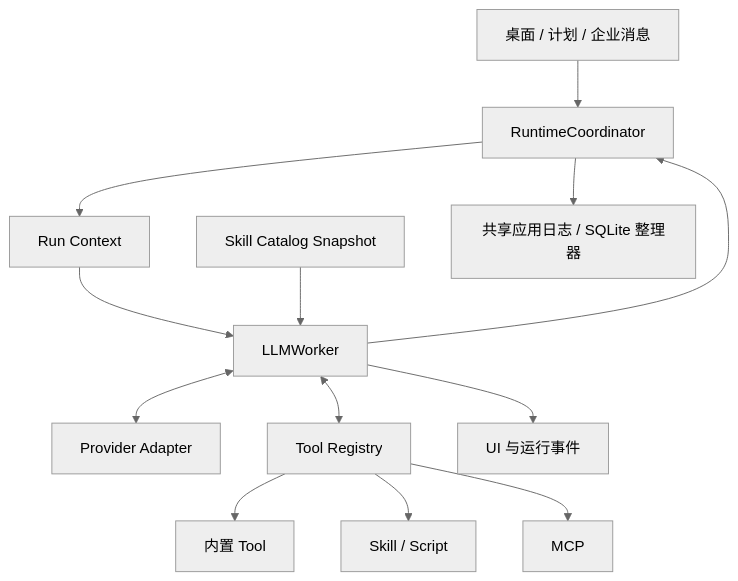
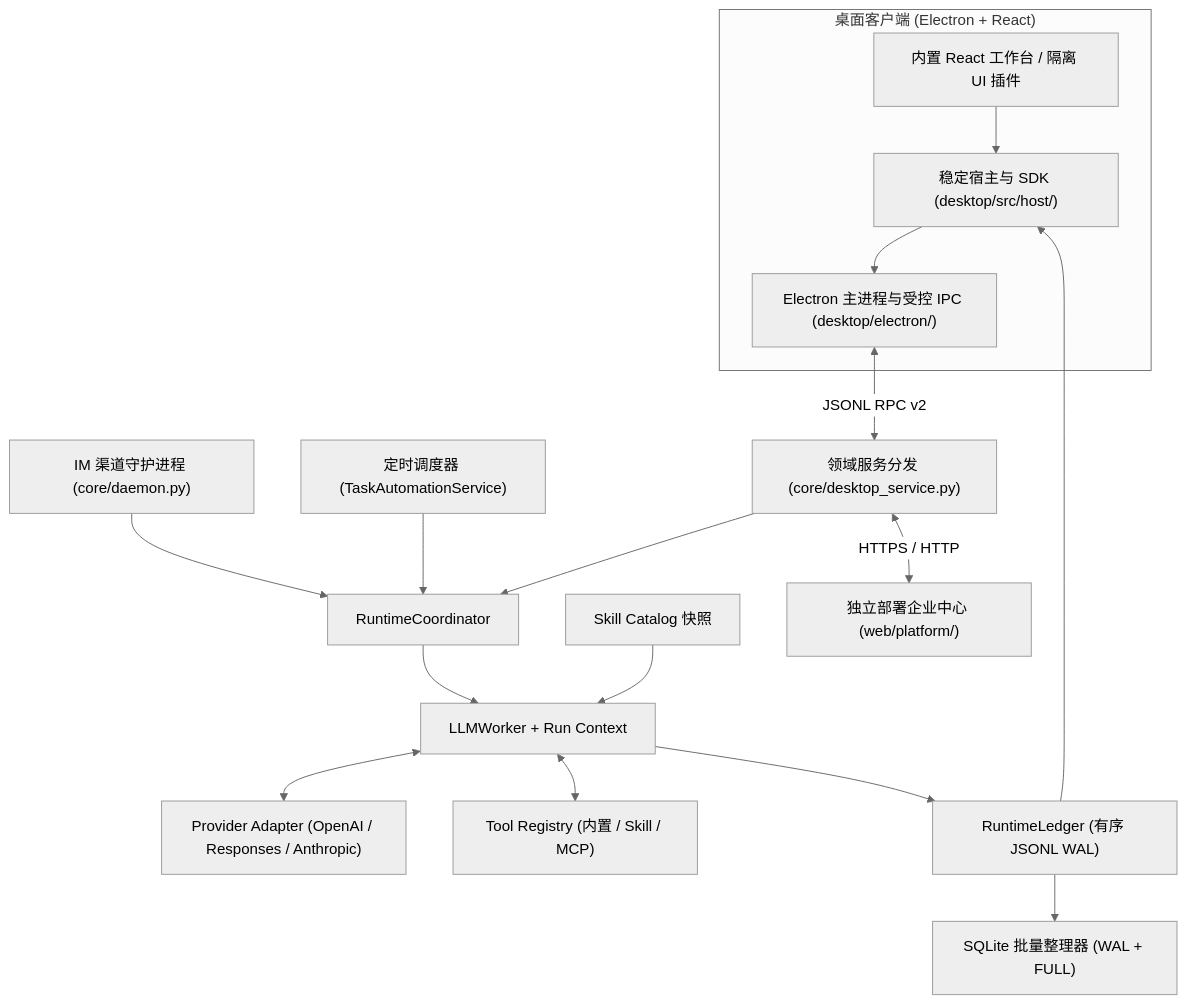
One commit to chuancyzhang/deepseek-cowork changed the first of 3 diagrams in docs/technical-design.md. Above: the diagram before and after it, drawn with Mermaid (neutral theme). The commit also changed other lines of this file and 11 other files, not shown here.

````diff
--- a/docs/technical-design.md
+++ b/docs/technical-design.md
@@ -28,15 +24,19 @@
 ```mermaid
 flowchart TB
-    Entry[桌面 / 计划 / 企业消息] --> Core[RuntimeCoordinator]
-    Core --> Context[Run Context]
-    Context --> Worker[LLMWorker]
-    Catalog[Skill Catalog Snapshot] --> Worker
-    Worker <--> Provider[Provider Adapter]
-    Worker <--> Tools[Tool Registry]
-    Tools --> Builtin[内置 Tool]
-    Tools --> Skill[Skill / Script]
-    Tools --> MCP[MCP]
-    Worker --> Events[UI 与运行事件]
-    Worker --> Core
-    Core --> Store[共享应用日志 / SQLite 整理器]
+    subgraph Desktop["桌面客户端 (Electron + React)"]
+        UI["内置 React 工作台 / 隔离 UI 插件"] --> Host["稳定宿主与 SDK (desktop/src/host/)"]
+        Host --> IPC["Electron 主进程与受控 IPC (desktop/electron/)"]
+    end
+    Channel["IM 渠道守护进程 (core/daemon.py)"] --> Core
+    Scheduler["定时调度器 (TaskAutomationService)"] --> Core
+    IPC <-->|"JSONL RPC v2"| Service["领域服务分发 (core/desktop_service.py)"]
+    Service --> Core["RuntimeCoordinator"]
+    Core --> Worker["LLMWorker + Run Context"]
+    Catalog["Skill Catalog 快照"] --> Worker
+    Worker <--> Provider["Provider Adapter (OpenAI / Responses / Anthropic)"]
+    Worker <--> Tools["Tool Registry (内置 / Skill / MCP)"]
+    Worker --> Ledger["RuntimeLedger (有序 JSONL WAL)"]
+    Ledger --> DB["SQLite 批量整理器 (WAL + FULL)"]
+    Ledger --> Host
+    Service <-->|"HTTPS / HTTP"| Enterprise["独立部署企业中心 (web/platform/)"]
 ```
````
